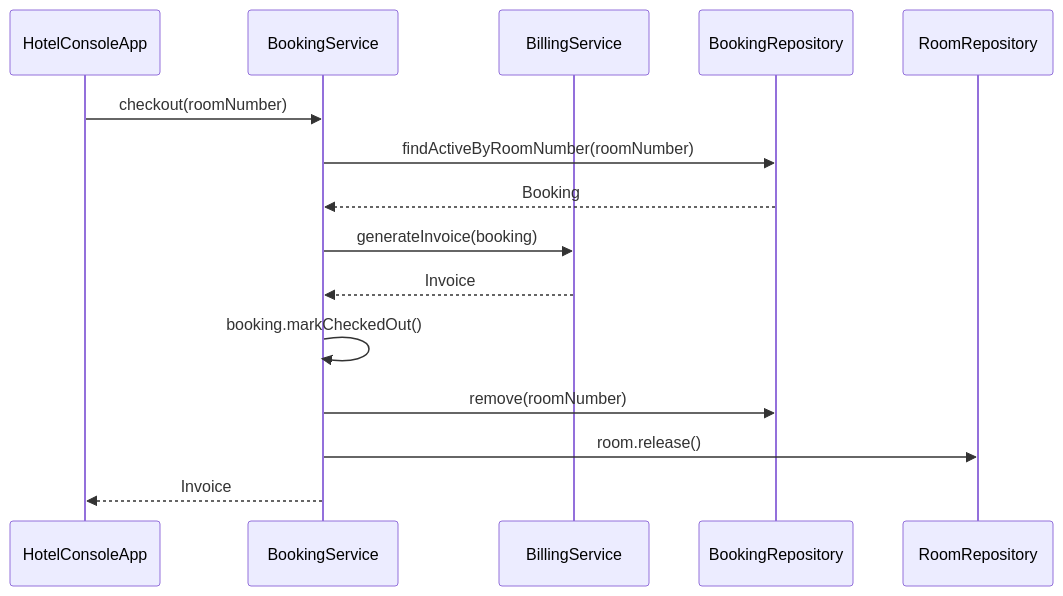
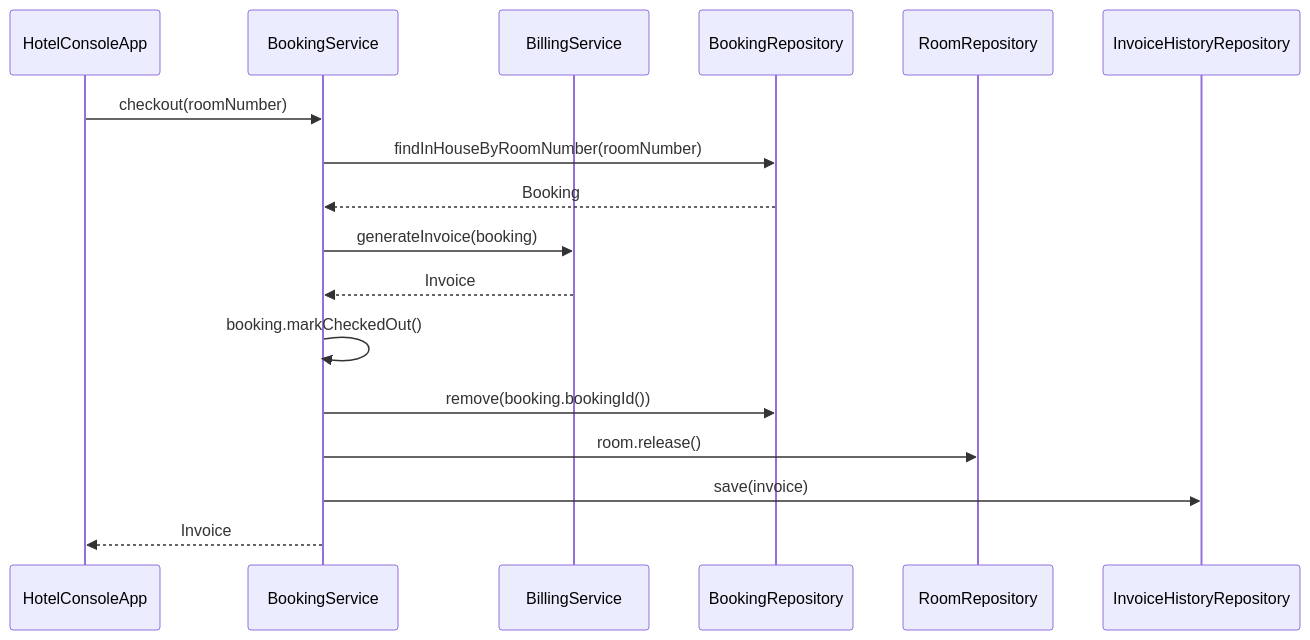
The third of 3 diagrams in docs/architecture.md (syrhnjb/Hotel-Management-System), drawn with Mermaid before and after one commit. The commit also changed other lines of this file and 27 other files, not shown here.

Commit message:
Add multi-day reservations and booking history

````diff
--- a/docs/architecture.md
+++ b/docs/architecture.md
@@ -62,18 +68,20 @@
 ```mermaid
 sequenceDiagram
     participant CLI as HotelConsoleApp
     participant BS as BookingService
     participant Bill as BillingService
     participant BR as BookingRepository
     participant RR as RoomRepository
+    participant Hist as InvoiceHistoryRepository
 
     CLI->>BS: checkout(roomNumber)
-    BS->>BR: findActiveByRoomNumber(roomNumber)
+    BS->>BR: findInHouseByRoomNumber(roomNumber)
     BR-->>BS: Booking
     BS->>Bill: generateInvoice(booking)
     Bill-->>BS: Invoice
     BS->>BS: booking.markCheckedOut()
-    BS->>BR: remove(roomNumber)
+    BS->>BR: remove(booking.bookingId())
     BS->>RR: room.release()
+    BS->>Hist: save(invoice)
     BS-->>CLI: Invoice
 ```
````
